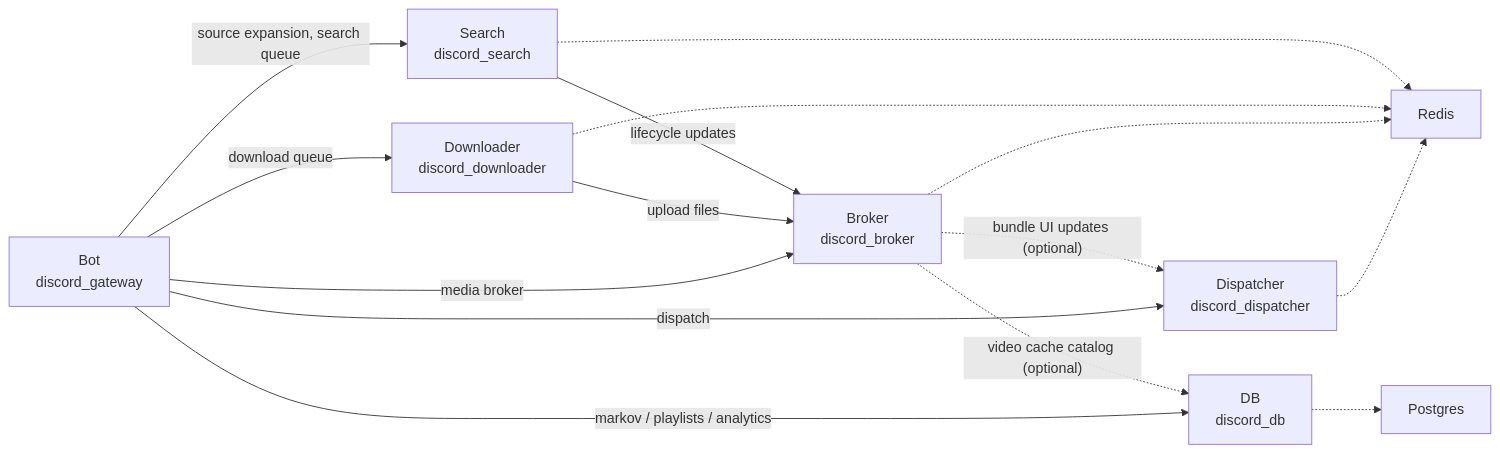
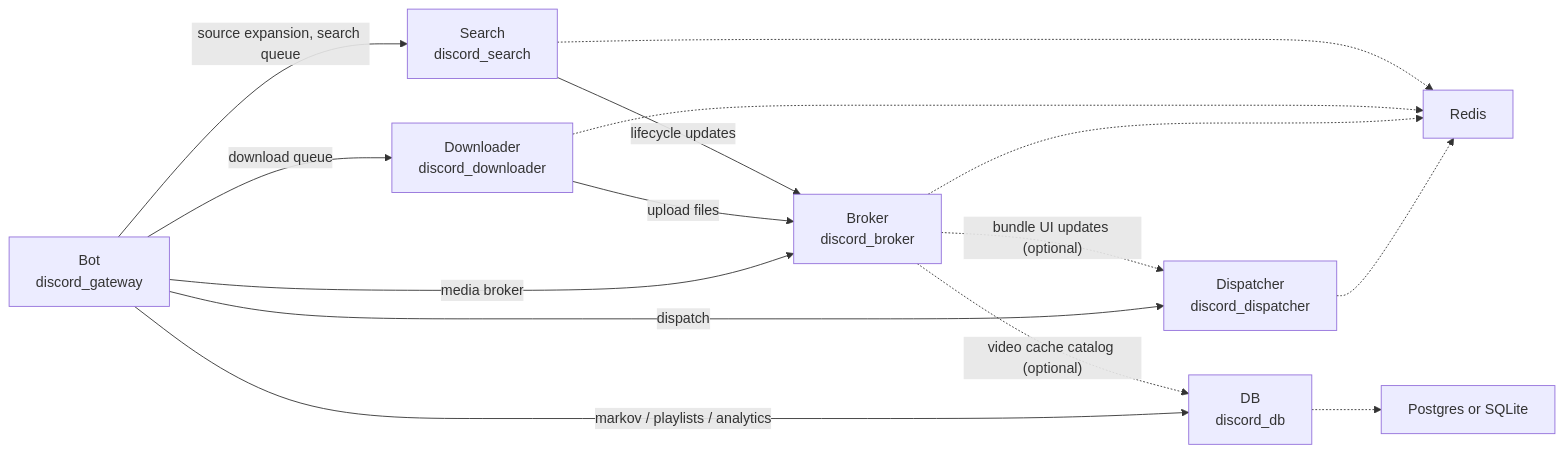
The diagram in docs/architecture.md (tnoff/discord-bot), drawn with Mermaid before and after one commit. The commit also changed other lines of this file, not shown here.

First line of the commit message:
docs: show sqlite as a db backend in architecture.md (#1022)

````diff
--- a/docs/architecture.md
+++ b/docs/architecture.md
@@ -31,27 +31,27 @@
 ```mermaid
 flowchart LR
     BOT["Bot<br/>discord_gateway"]
     DISPATCHER["Dispatcher<br/>discord_dispatcher"]
     BROKER["Broker<br/>discord_broker"]
     DB["DB<br/>discord_db"]
     DOWNLOADER["Downloader<br/>discord_downloader"]
     SEARCH["Search<br/>discord_search"]
     REDIS["Redis"]
-    POSTGRES["Postgres"]
+    DATABASE["Postgres or SQLite"]
 
     BOT -->|dispatch| DISPATCHER
     BOT -->|media broker| BROKER
     BOT -->|source expansion, search queue| SEARCH
     BOT -->|download queue| DOWNLOADER
     BOT -->|markov / playlists / analytics| DB
     DOWNLOADER -->|upload files| BROKER
     SEARCH -->|lifecycle updates| BROKER
     BROKER -.->|"bundle UI updates (optional)"| DISPATCHER
     BROKER -.->|"video cache catalog (optional)"| DB
 
     DISPATCHER -.-> REDIS
     BROKER -.-> REDIS
     DOWNLOADER -.-> REDIS
     SEARCH -.-> REDIS
-    DB -.-> POSTGRES
+    DB -.-> DATABASE
 ```
````
